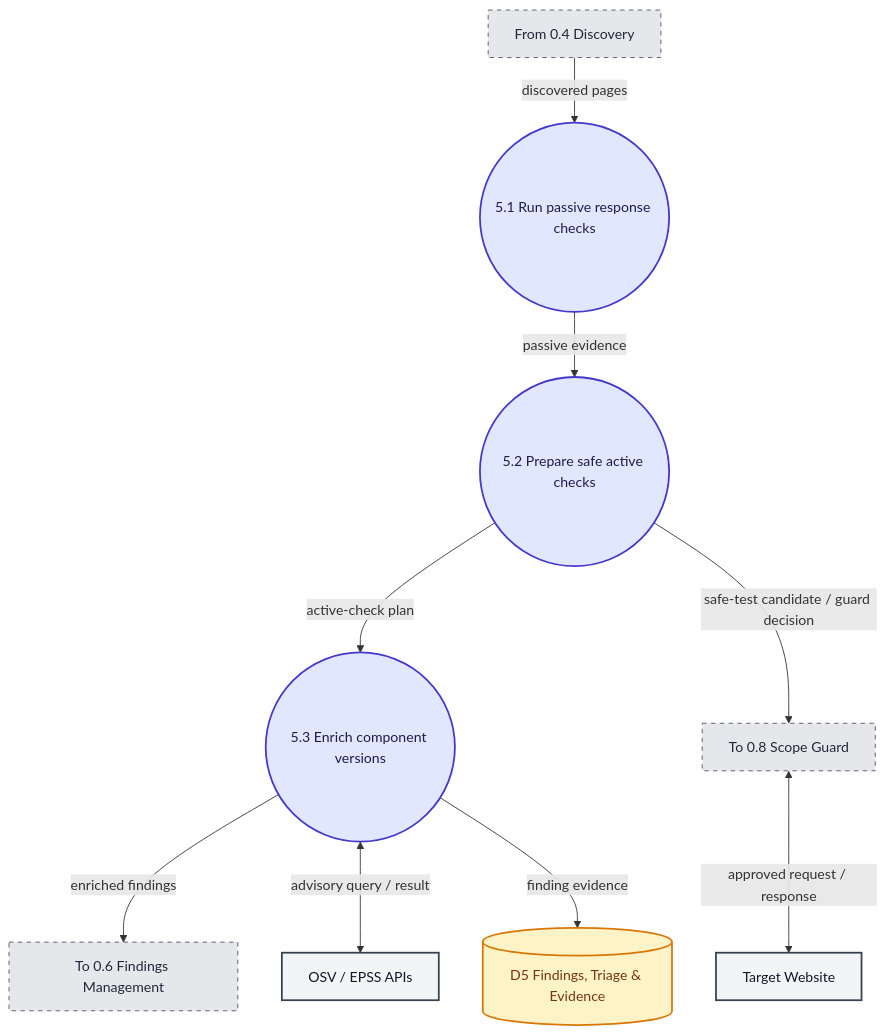
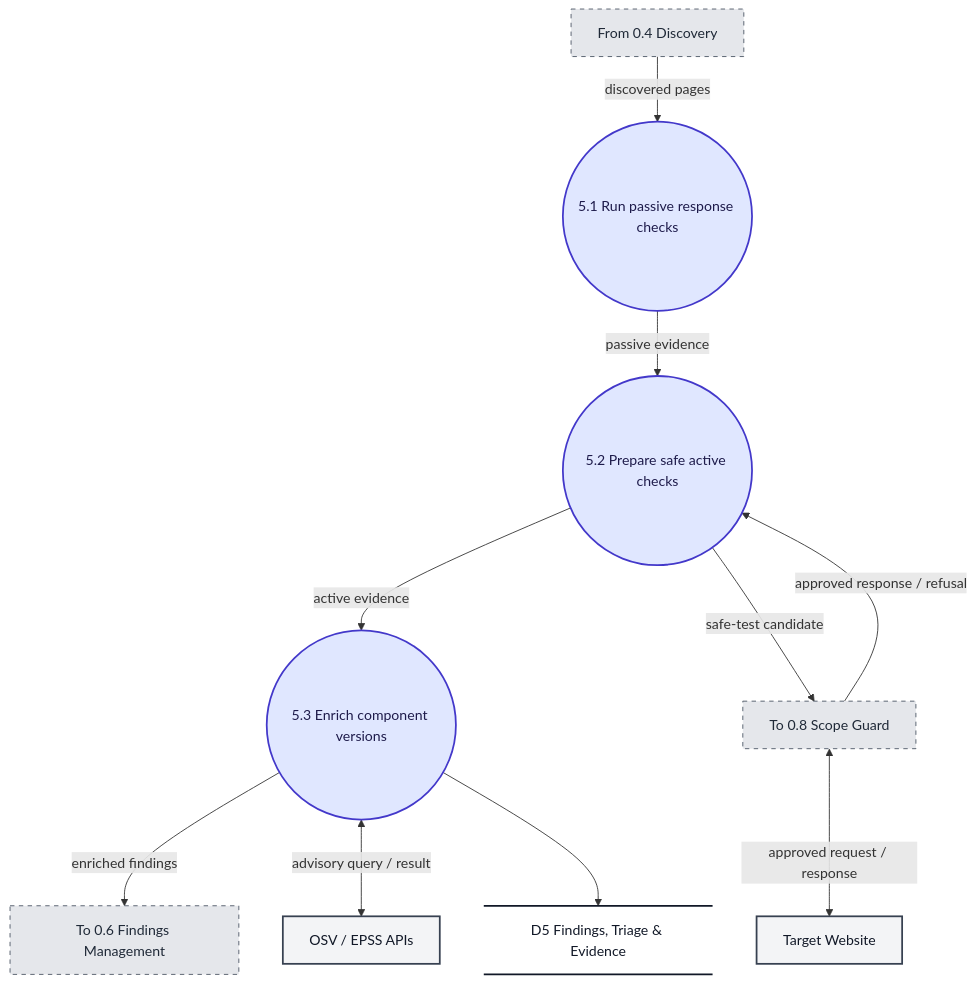
The seventh of 10 diagrams in docs/Website_Vulnerability_Scanner_DFD.md (ksacheth/software-engineering), drawn with Mermaid before and after one commit. The commit also changed other lines of this file and 25 other files, not shown here.

Commit message:
docs(dfd): standardize data store flows

````diff
--- a/docs/Website_Vulnerability_Scanner_DFD.md
+++ b/docs/Website_Vulnerability_Scanner_DFD.md
@@ -282,36 +287,37 @@
 ```mermaid
 flowchart TD
     %% Level 2 DFD - F.5 Vulnerability Detection
 
     I_From["From 0.4 Discovery"]
     I_To["To 0.6 Findings Management"]
     I_ScopeGuard["To 0.8 Scope Guard"]
 
     P51(("5.1 Run passive response checks"))
     P52(("5.2 Prepare safe active checks"))
     P53(("5.3 Enrich component versions"))
 
-    D5[("D5 Findings, Triage & Evidence")]
+    D5@{ shape: datastore, label: "D5 Findings, Triage & Evidence" }
     Target["Target Website"]
     OSV["OSV / EPSS APIs"]
 
     I_From -->|"discovered pages"| P51
     P51 -->|"passive evidence"| P52
-    P52 -->|"active-check plan"| P53
+    P52 -->|"active evidence"| P53
     P53 -->|"enriched findings"| I_To
 
-    P52 -->|"safe-test candidate / guard decision"| I_ScopeGuard
+    P52 -->|"safe-test candidate"| I_ScopeGuard
     I_ScopeGuard <-->|"approved request / response"| Target
+    I_ScopeGuard -->|"approved response / refusal"| P52
     P53 <-->|"advisory query / result"| OSV
-    P53 -->|"finding evidence"| D5
+    P53 --> D5
 
     %% Styling
     classDef process fill:#e0e7ff,stroke:#4338ca,stroke-width:2px,color:#1e1b4b;
     classDef entity fill:#f3f4f6,stroke:#374151,stroke-width:2px,color:#111827;
-    classDef store fill:#fef3c7,stroke:#d97706,stroke-width:2px,color:#78350f;
+    classDef store fill:transparent,stroke:#111827,stroke-width:2px,color:#111827;
     classDef iface fill:#e5e7eb,stroke:#4b5563,stroke-width:1px,stroke-dasharray: 5 5,color:#1f2937;
     class P51,P52,P53 process;
     class Target,OSV entity;
     class D5 store;
     class I_From,I_To,I_ScopeGuard iface;
 ```
````
